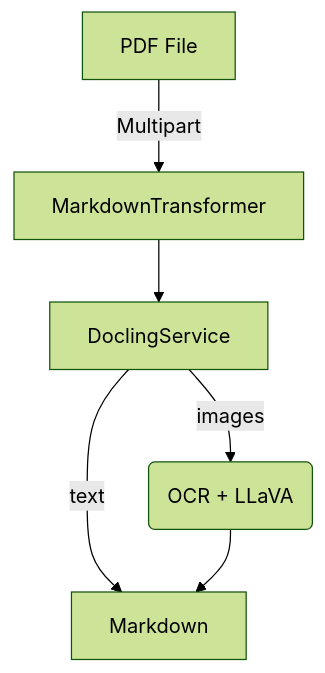
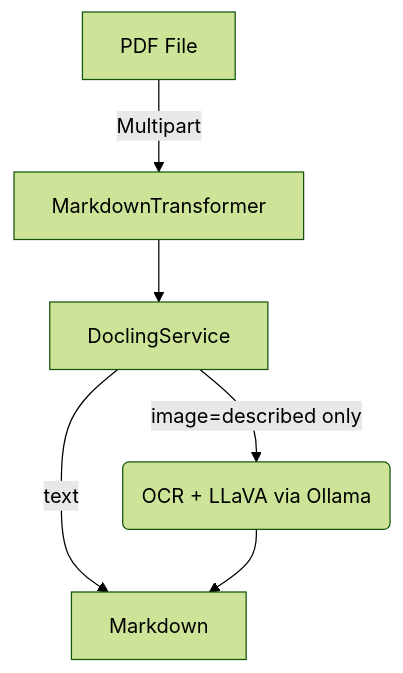
Before and after one commit to aborroy/alf-tengine-convert2md: the diagram in README.md, drawn with Mermaid (forest theme). The commit also changed other lines of this file and 1 other file, not shown here.

First line of the commit message:
Avoid requiring Ollama for running the T-Engine

````diff
--- a/README.md
+++ b/README.md
@@ -193,8 +235,8 @@
 ```mermaid
 graph TD
     A[PDF File] -->|Multipart| B[MarkdownTransformer]
     B --> C[DoclingService]
     C -->|text| D[Markdown]
-    C -->|images| E(OCR + LLaVA)
+    C -->|image=described only| E(OCR + LLaVA via Ollama)
     E --> D
 ```
````
